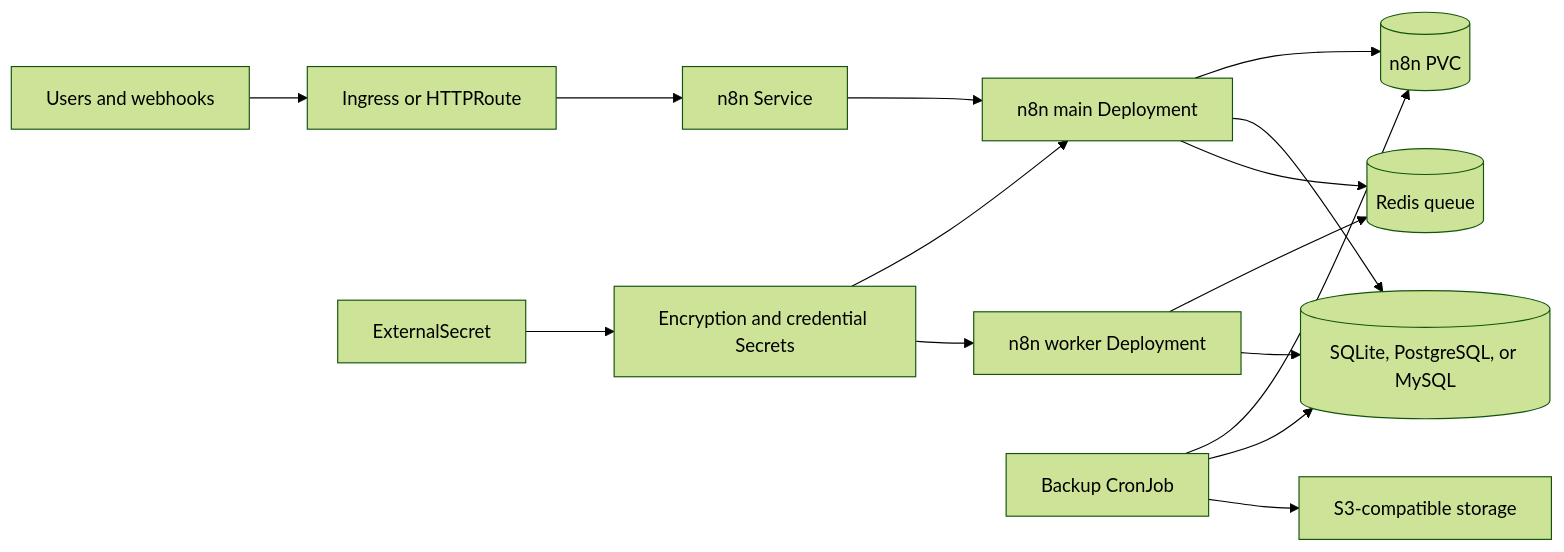
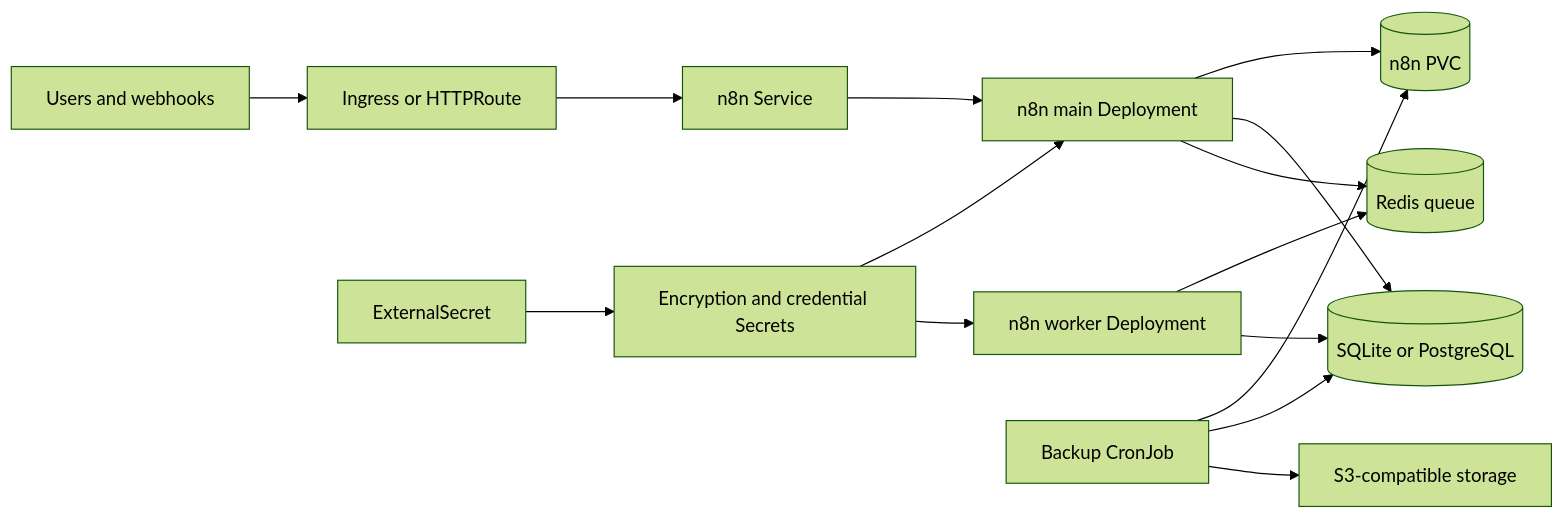
One commit to helmforgedev/charts changed the diagram in charts/n8n/DESIGN.md. Above: the diagram before and after it, drawn with Mermaid (forest theme). The commit also changed other lines of this file and 19 other files, not shown here.

````diff
--- a/charts/n8n/DESIGN.md
+++ b/charts/n8n/DESIGN.md
@@ -12,17 +12,17 @@
 ```mermaid
 flowchart LR
   user[Users and webhooks] --> route[Ingress or HTTPRoute]
   route --> svc[n8n Service]
   svc --> main[n8n main Deployment]
   main --> data[(n8n PVC)]
-  main --> db[(SQLite, PostgreSQL, or MySQL)]
+  main --> db[(SQLite or PostgreSQL)]
   main --> redis[(Redis queue)]
   worker[n8n worker Deployment] --> redis
   worker --> db
   backup[Backup CronJob] --> data
   backup --> db
   backup --> s3[S3-compatible storage]
   eso[ExternalSecret] --> secrets[Encryption and credential Secrets]
   secrets --> main
   secrets --> worker
 ```
````
